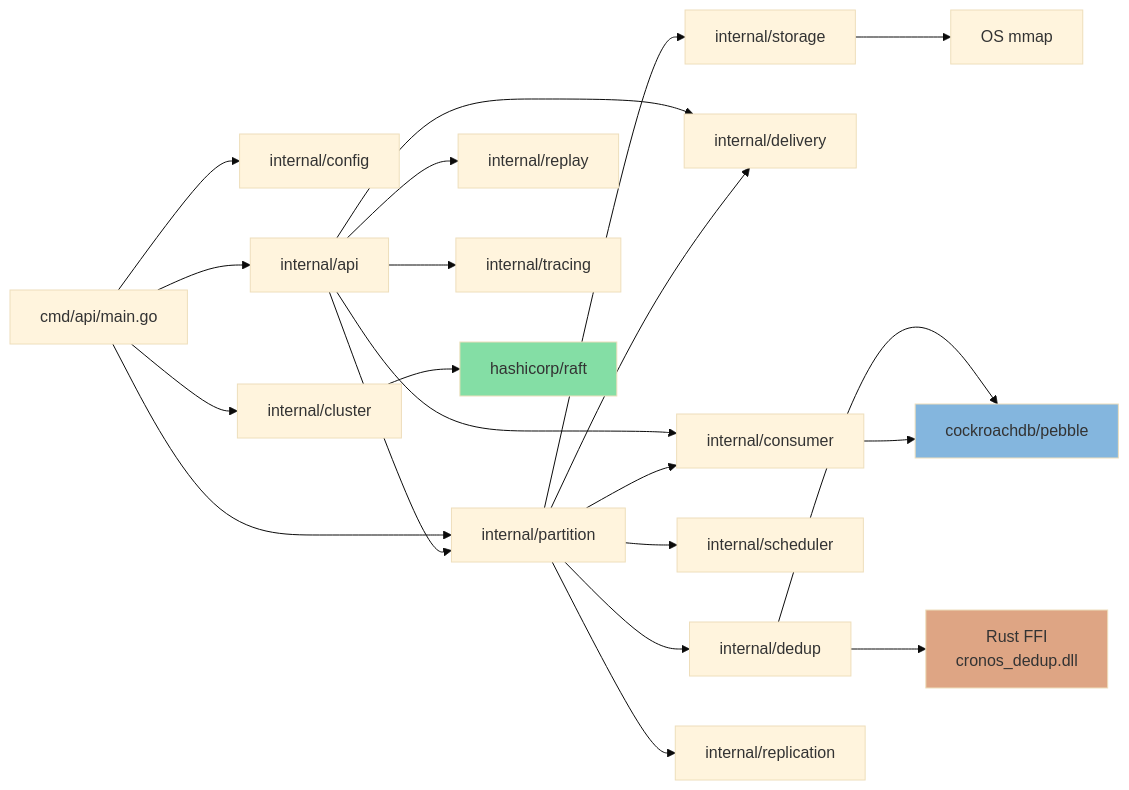
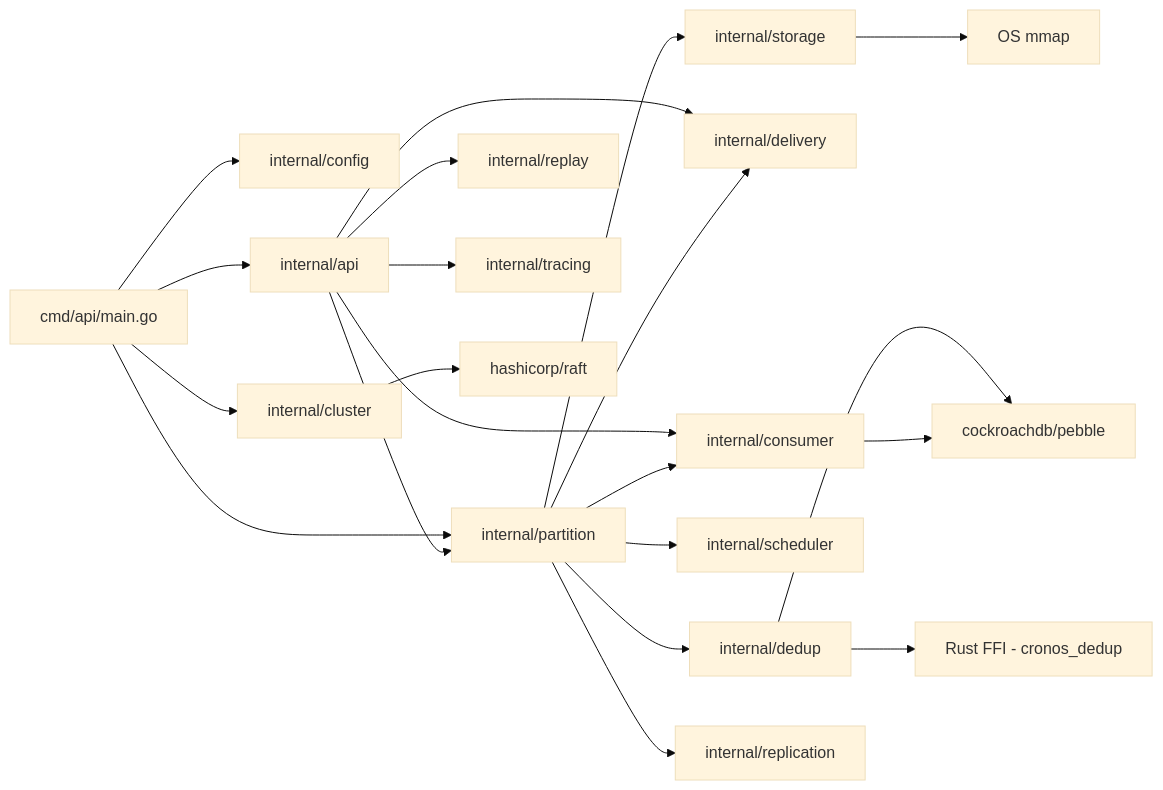
Before and after one commit to jatin711-debug/cronos_db_golang: the third of 36 diagrams in ARCHITECTURE.md, drawn with Mermaid (base theme). The commit also changed other lines of this file, not shown here.

First line of the commit message:
docs(architecture): simplify documentation structure and improve clarity

````diff
--- a/ARCHITECTURE.md
+++ b/ARCHITECTURE.md
@@ -132,30 +111,26 @@
 ```mermaid
 graph LR
-    main["cmd/api/main.go"] --> config["internal/config"]
-    main --> api["internal/api"]
-    main --> cluster["internal/cluster"]
-    main --> partition["internal/partition"]
+    main[cmd/api/main.go] --> config[internal/config]
+    main --> api[internal/api]
+    main --> cluster[internal/cluster]
+    main --> partition[internal/partition]
 
     api --> partition
-    api --> consumer["internal/consumer"]
-    api --> delivery["internal/delivery"]
-    api --> replay["internal/replay"]
-    api --> tracing["internal/tracing"]
+    api --> consumer[internal/consumer]
+    api --> delivery[internal/delivery]
+    api --> replay[internal/replay]
+    api --> tracing[internal/tracing]
 
-    partition --> storage["internal/storage"]
-    partition --> scheduler["internal/scheduler"]
-    partition --> dedup["internal/dedup"]
+    partition --> storage[internal/storage]
+    partition --> scheduler[internal/scheduler]
+    partition --> dedup[internal/dedup]
     partition --> consumer
     partition --> delivery
-    partition --> replication["internal/replication"]
+    partition --> replication[internal/replication]
 
-    cluster --> raft_pkg["hashicorp/raft"]
-    dedup --> pebble["cockroachdb/pebble"]
-    dedup --> rust["Rust FFI<br/>cronos_dedup.dll"]
+    cluster --> raft_pkg[hashicorp/raft]
+    dedup --> pebble[cockroachdb/pebble]
+    dedup --> rust[Rust FFI - cronos_dedup]
     consumer --> pebble
-    storage --> mmap["OS mmap"]
-
-    style rust fill:#dea584
-    style pebble fill:#84b6de
-    style raft_pkg fill:#84dea5
+    storage --> mmap[OS mmap]
 ```
````
